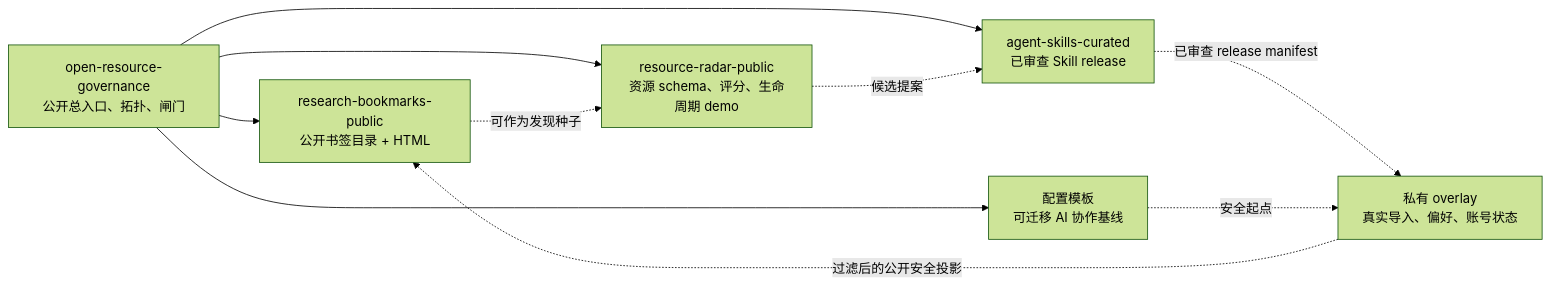
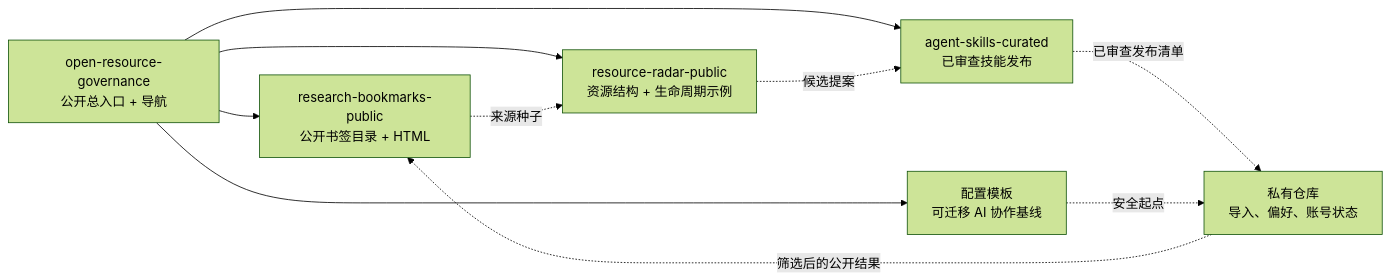
One commit to yiheng8023/open-resource-governance changed the diagram in README.zh-CN.md. Above: the diagram before and after it, drawn with Mermaid (forest theme). The commit also changed other lines of this file and 2 other files, not shown here.

Commit message:
Refine public README navigation

````diff
--- a/README.zh-CN.md
+++ b/README.zh-CN.md
@@ -44,19 +79,19 @@
 ```mermaid
 flowchart LR
-  hub["open-resource-governance<br/>公开总入口、拓扑、闸门"]
+  hub["open-resource-governance<br/>公开总入口 + 导航"]
   bookmarks["research-bookmarks-public<br/>公开书签目录 + HTML"]
-  radar["resource-radar-public<br/>资源 schema、评分、生命周期 demo"]
+  radar["resource-radar-public<br/>资源结构 + 生命周期示例"]
   templates["配置模板<br/>可迁移 AI 协作基线"]
-  private["私有 overlay<br/>真实导入、偏好、账号状态"]
-  skills["agent-skills-curated<br/>已审查 Skill release"]
+  private["私有仓库<br/>导入、偏好、账号状态"]
+  skills["agent-skills-curated<br/>已审查技能发布"]
 
   hub --> bookmarks
   hub --> radar
   hub --> templates
   hub --> skills
-  private -. "过滤后的公开安全投影" .-> bookmarks
-  bookmarks -. "可作为发现种子" .-> radar
+  private -. "筛选后的公开结果" .-> bookmarks
+  bookmarks -. "来源种子" .-> radar
   radar -. "候选提案" .-> skills
-  skills -. "已审查 release manifest" .-> private
+  skills -. "已审查发布清单" .-> private
   templates -. "安全起点" .-> private
 ```
````
